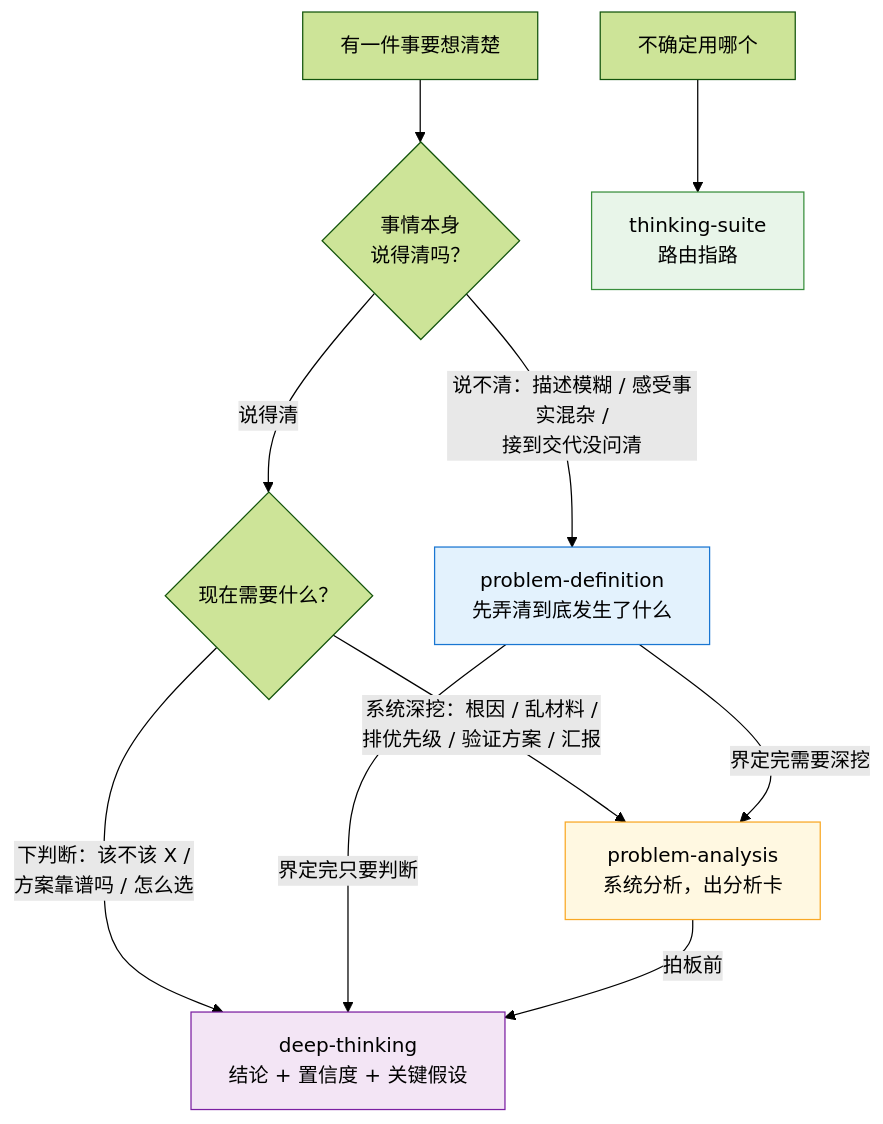
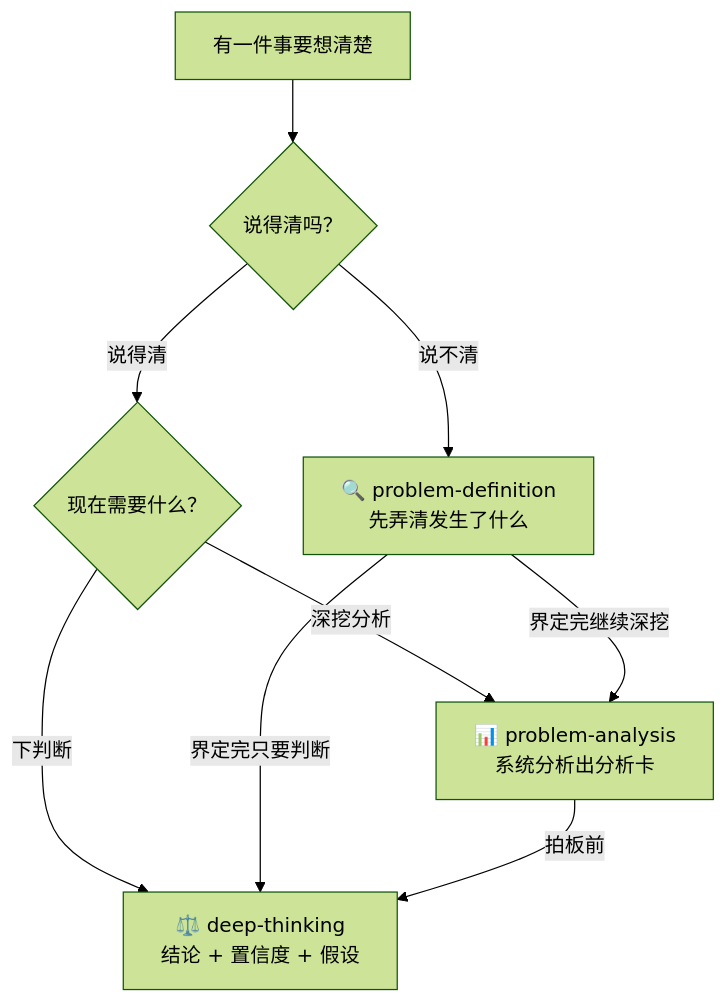
Before and after one commit to guangquan123/thinking-skills: the diagram in README.md, drawn with Mermaid (forest theme). The commit also changed other lines of this file, not shown here.

Commit message:
docs: README v4 - 首屏重排(翻车现场钩子+before/after三连+给谁用)、目录锚点、路由图下移压缩、速查表去歧义、来源背书、可移植用法、维护信息折叠

````diff
--- a/README.md
+++ b/README.md
@@ -22,17 +74,11 @@
 ```mermaid
 flowchart TD
-    A["有一件事要想清楚"] --> B{"事情本身<br/>说得清吗？"}
-    B -- "说不清：描述模糊 / 感受事实混杂 /<br/>接到交代没问清" --> C["problem-definition<br/>先弄清到底发生了什么"]
+    A["有一件事要想清楚"] --> B{"说得清吗？"}
+    B -- "说不清" --> C["🔍 problem-definition<br/>先弄清发生了什么"]
     B -- "说得清" --> D{"现在需要什么？"}
-    D -- "系统深挖：根因 / 乱材料 /<br/>排优先级 / 验证方案 / 汇报" --> E["problem-analysis<br/>系统分析，出分析卡"]
-    D -- "下判断：该不该 X /<br/>方案靠谱吗 / 怎么选" --> F["deep-thinking<br/>结论 + 置信度 + 关键假设"]
-    C -- "界定完需要深挖" --> E
+    D -- "深挖分析" --> E["📊 problem-analysis<br/>系统分析出分析卡"]
+    D -- "下判断" --> F["⚖️ deep-thinking<br/>结论 + 置信度 + 假设"]
+    C -- "界定完继续深挖" --> E
     C -- "界定完只要判断" --> F
     E -- "拍板前" --> F
-    G["不确定用哪个"] --> H["thinking-suite<br/>路由指路"]
-
-    style C fill:#e3f2fd,stroke:#1976d2
-    style E fill:#fff8e1,stroke:#f9a825
-    style F fill:#f3e5f5,stroke:#7b1fa2
-    style H fill:#e8f5e9,stroke:#388e3c
 ```
````
